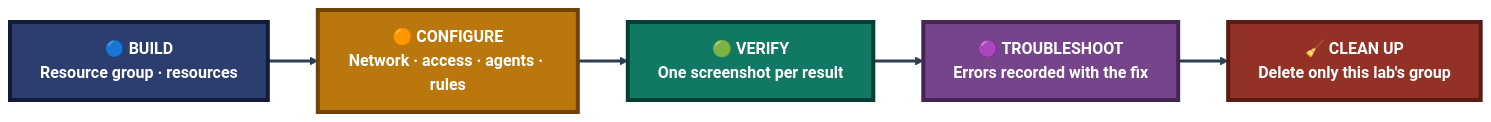
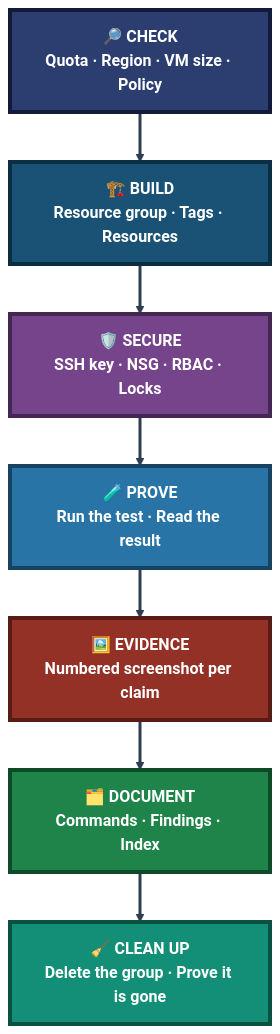
The second of 2 diagrams in README.md (malaika-azhar/Cloud-Infrastructure-Engineering), drawn with Mermaid before and after one commit. The commit also changed other lines of this file, not shown here.

````diff
--- a/README.md
+++ b/README.md
@@ -228,18 +218,22 @@
 ```mermaid
-flowchart LR
-    Bld["🔵 BUILD<br/>Resource group · resources"]:::c1
-    Cfg["🟠 CONFIGURE<br/>Network · access · agents · rules"]:::c2
-    Ver["🟢 VERIFY<br/>One screenshot per result"]:::c3
-    Trb["🟣 TROUBLESHOOT<br/>Errors recorded with the fix"]:::c4
-    Cln["🧹 CLEAN UP<br/>Delete only this lab's group"]:::c5
+flowchart TB
+    Chk["🔎 CHECK<br/>Quota · Region · VM size · Policy"]:::c1
+    Bld["🏗️ BUILD<br/>Resource group · Tags · Resources"]:::c2
+    Sec["🛡️ SECURE<br/>SSH key · NSG · RBAC · Locks"]:::c3
+    Prv["🧪 PROVE<br/>Run the test · Read the result"]:::c4
+    Evd["🖼️ EVIDENCE<br/>Numbered screenshot per claim"]:::c5
+    Gap["🗂️ DOCUMENT<br/>Commands · Findings · Index"]:::c6
+    Cln["🧹 CLEAN UP<br/>Delete the group · Prove it is gone"]:::c7
 
-    Bld --> Cfg --> Ver --> Trb --> Cln
+    Chk --> Bld --> Sec --> Prv --> Evd --> Gap --> Cln
 
     classDef c1 fill:#2C3E70,stroke:#131B3A,stroke-width:4px,color:#FFFFFF,font-weight:bold
-    classDef c2 fill:#B9770E,stroke:#6E4409,stroke-width:4px,color:#FFFFFF,font-weight:bold
-    classDef c3 fill:#117864,stroke:#083D33,stroke-width:4px,color:#FFFFFF,font-weight:bold
-    classDef c4 fill:#76448A,stroke:#432752,stroke-width:4px,color:#FFFFFF,font-weight:bold
+    classDef c2 fill:#1A5276,stroke:#0B2E43,stroke-width:4px,color:#FFFFFF,font-weight:bold
+    classDef c3 fill:#76448A,stroke:#432752,stroke-width:4px,color:#FFFFFF,font-weight:bold
+    classDef c4 fill:#2874A6,stroke:#154360,stroke-width:4px,color:#FFFFFF,font-weight:bold
     classDef c5 fill:#943126,stroke:#571C16,stroke-width:4px,color:#FFFFFF,font-weight:bold
+    classDef c6 fill:#1E8449,stroke:#0E4A28,stroke-width:4px,color:#FFFFFF,font-weight:bold
+    classDef c7 fill:#148F77,stroke:#0B5142,stroke-width:4px,color:#FFFFFF,font-weight:bold
 
     linkStyle default stroke:#2C3E50,stroke-width:3px
 ```
````
